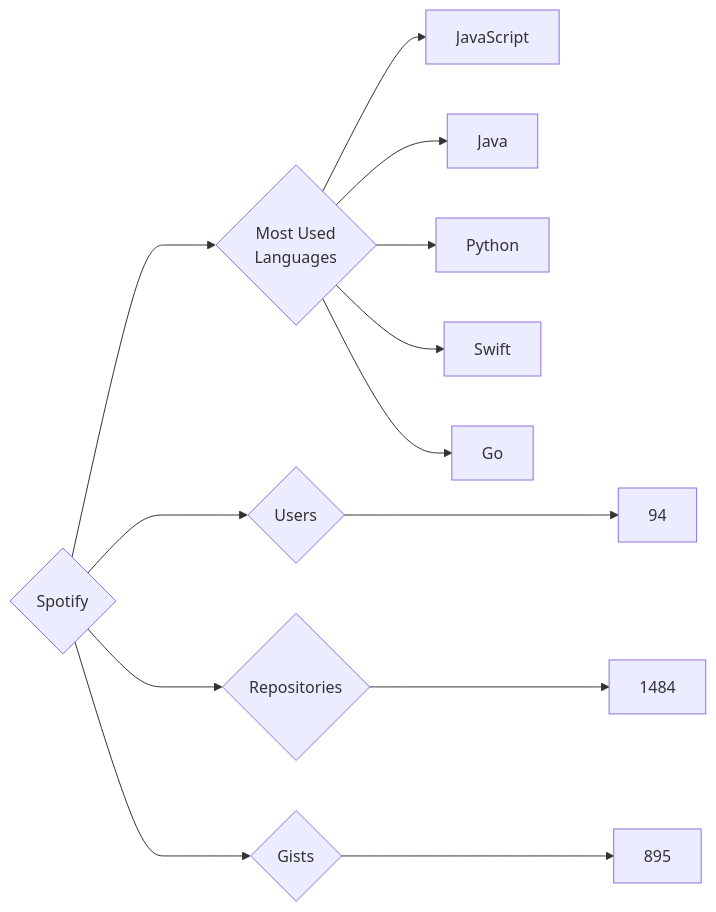
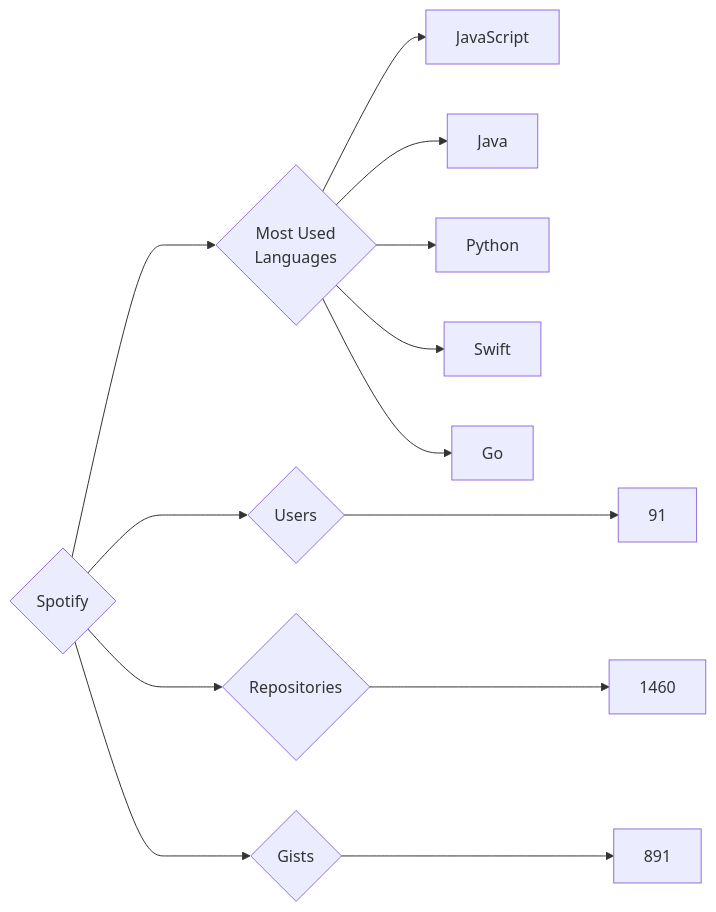
The diagram in targets/Spotify/README.md (trickest/insiders), drawn with Mermaid before and after one commit. The commit also changed 928 other files, not shown here.

````diff
--- a/targets/Spotify/README.md
+++ b/targets/Spotify/README.md
@@ -3,13 +3,13 @@
 ```mermaid
 graph LR
 COMPANY_NAME{Spotify}
-COMPANY_NAME ---> U{Users} ---> UN[94]
-COMPANY_NAME ---> R{Repositories} ---> RN[1484]
-COMPANY_NAME ---> G{Gists} ---> GN[895]
+COMPANY_NAME ---> U{Users} ---> UN[91]
+COMPANY_NAME ---> R{Repositories} ---> RN[1460]
+COMPANY_NAME ---> G{Gists} ---> GN[891]
 COMPANY_NAME ---> ML{Most Used<br>Languages}
 ML --> JavaScript[JavaScript]
 ML --> Java[Java]
 ML --> Python[Python]
 ML --> Swift[Swift]
 ML --> Go[Go]
 ```
````
